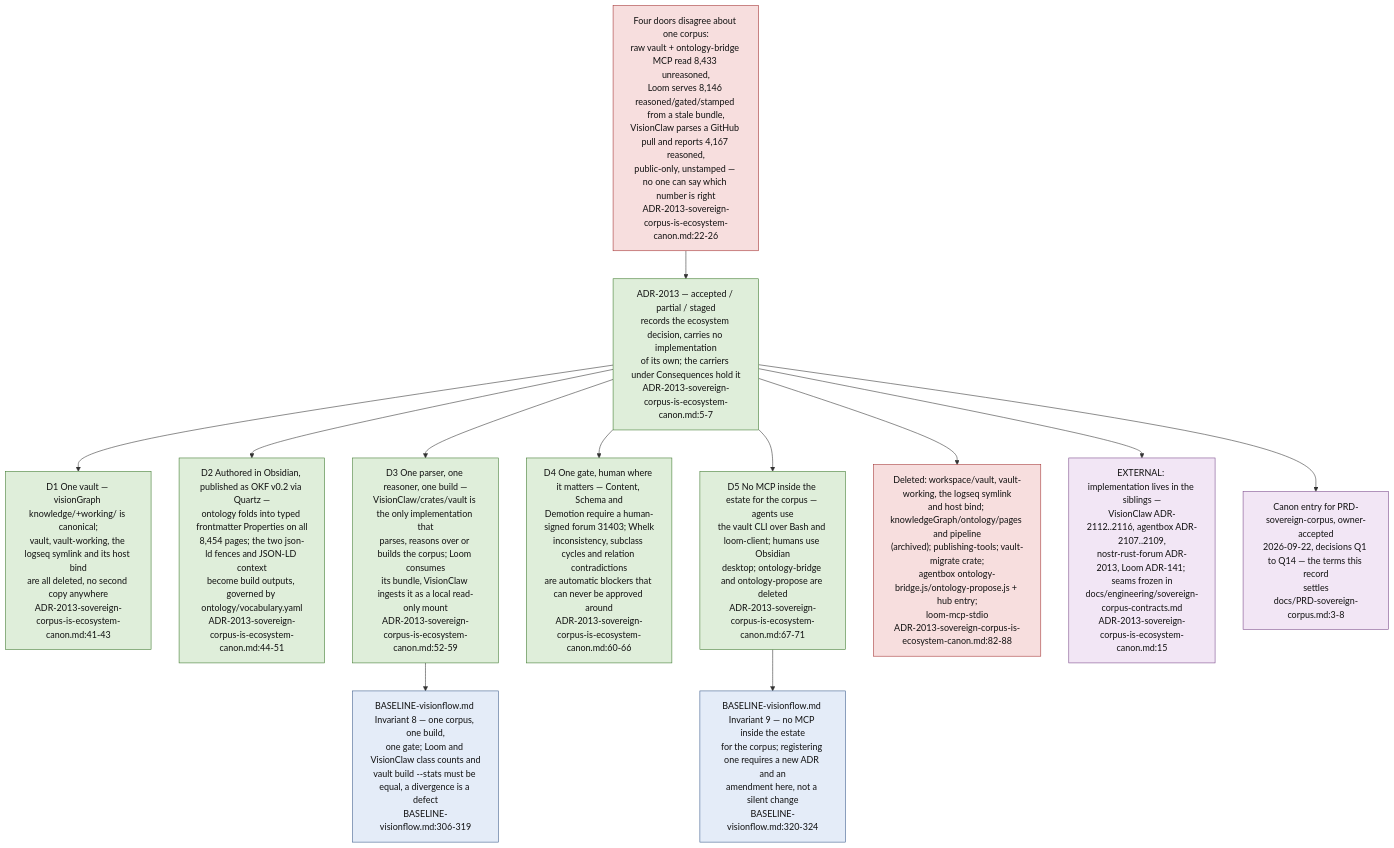
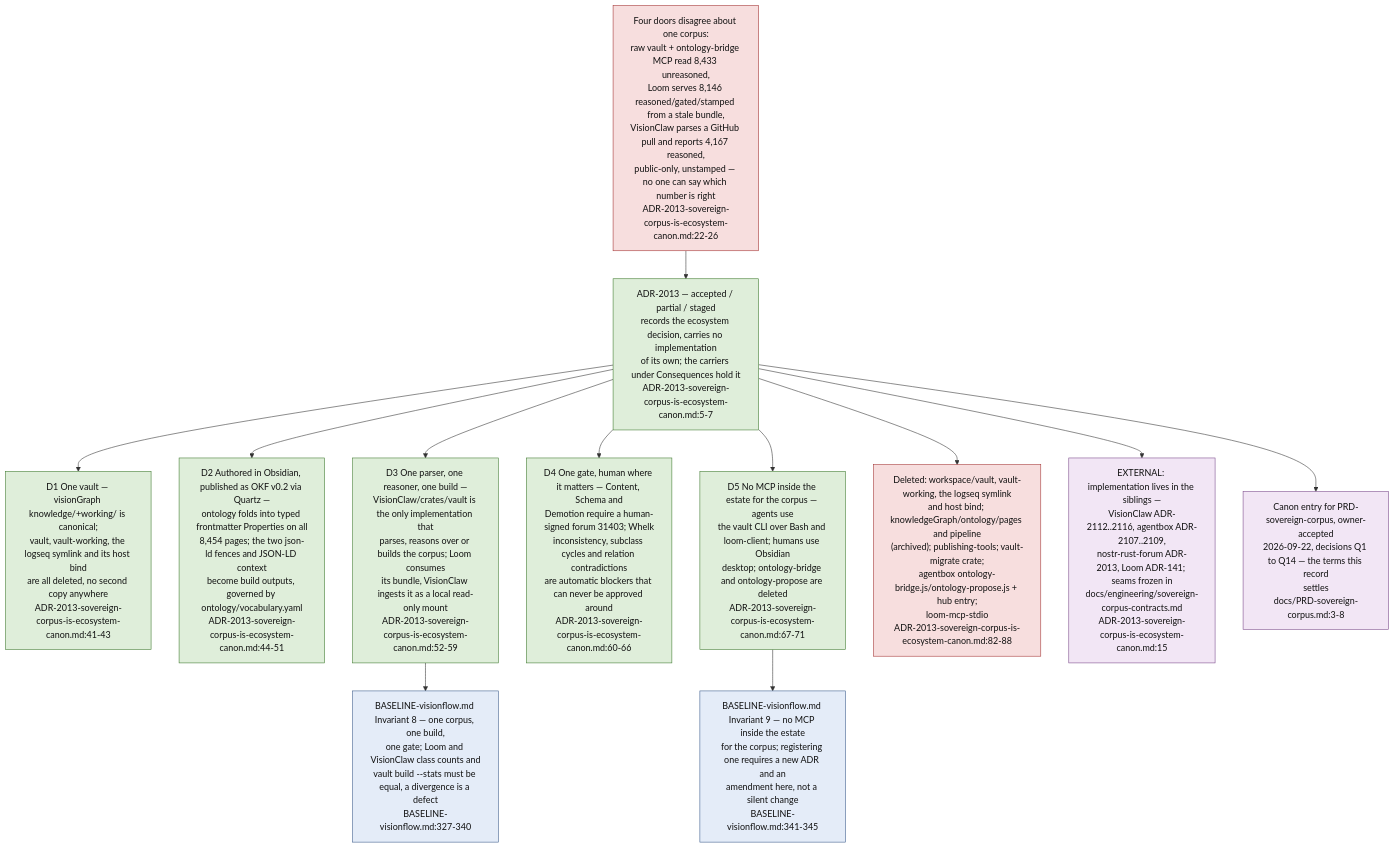
One commit to DreamLab-AI/VisionFlow changed diagram 11 of 11 in docs/diagrams/visionflow/01-repo-composition-and-canon.md. Above: the diagram before and after it, drawn with Mermaid. The commit also changed other lines of this file and 80 other files, not shown here.

First line of the commit message:
docs(diagrams): re-verify the agentbox, dreamlab, estate and visionflow corpus against current sources

````diff
--- a/docs/diagrams/visionflow/01-repo-composition-and-canon.md
+++ b/docs/diagrams/visionflow/01-repo-composition-and-canon.md
@@ -422,32 +422,32 @@
 ```mermaid
 flowchart TB
     classDef before fill:#f7dede,stroke:#a33333,color:#111
     classDef rec fill:#dfeeda,stroke:#3f7a2f,color:#111
     classDef inv fill:#e4ecf8,stroke:#3a5a8a,color:#111
     classDef ext fill:#f2e6f5,stroke:#7a4a8a,color:#111
 
     PROB["Four doors disagree about one corpus:<br/>raw vault + ontology-bridge MCP read 8,433 unreasoned,<br/>Loom serves 8,146 reasoned/gated/stamped from a stale bundle,<br/>VisionClaw parses a GitHub pull and reports 4,167 reasoned,<br/>public-only, unstamped — no one can say which number is right<br/>ADR-2013-sovereign-corpus-is-ecosystem-canon.md:22-26"]:::before
 
     REC["ADR-2013 — accepted / partial / staged<br/>records the ecosystem decision, carries no implementation<br/>of its own; the carriers under Consequences hold it<br/>ADR-2013-sovereign-corpus-is-ecosystem-canon.md:5-7"]:::rec
     PROB --> REC
 
     REC --> D1["D1 One vault — visionGraph knowledge/+working/ is canonical;<br/>vault, vault-working, the logseq symlink and its host bind<br/>are all deleted, no second copy anywhere<br/>ADR-2013-sovereign-corpus-is-ecosystem-canon.md:41-43"]:::rec
     REC --> D2["D2 Authored in Obsidian, published as OKF v0.2 via Quartz —<br/>ontology folds into typed frontmatter Properties on all<br/>8,454 pages; the two json-ld fences and JSON-LD context<br/>become build outputs, governed by ontology/vocabulary.yaml<br/>ADR-2013-sovereign-corpus-is-ecosystem-canon.md:44-51"]:::rec
     REC --> D3["D3 One parser, one reasoner, one build —<br/>VisionClaw/crates/vault is the only implementation that<br/>parses, reasons over or builds the corpus; Loom consumes<br/>its bundle, VisionClaw ingests it as a local read-only mount<br/>ADR-2013-sovereign-corpus-is-ecosystem-canon.md:52-59"]:::rec
     REC --> D4["D4 One gate, human where it matters — Content, Schema and<br/>Demotion require a human-signed forum 31403; Whelk<br/>inconsistency, subclass cycles and relation contradictions<br/>are automatic blockers that can never be approved around<br/>ADR-2013-sovereign-corpus-is-ecosystem-canon.md:60-66"]:::rec
     REC --> D5["D5 No MCP inside the estate for the corpus — agents use<br/>the vault CLI over Bash and loom-client; humans use Obsidian<br/>desktop; ontology-bridge and ontology-propose are deleted<br/>ADR-2013-sovereign-corpus-is-ecosystem-canon.md:67-71"]:::rec
 
-    BASE["BASELINE-visionflow.md Invariant 8 — one corpus, one build,<br/>one gate; Loom and VisionClaw class counts and<br/>vault build --stats must be equal, a divergence is a defect<br/>BASELINE-visionflow.md:306-319"]:::inv
+    BASE["BASELINE-visionflow.md Invariant 8 — one corpus, one build,<br/>one gate; Loom and VisionClaw class counts and<br/>vault build --stats must be equal, a divergence is a defect<br/>BASELINE-visionflow.md:327-340"]:::inv
     D3 --> BASE
-    INV9["BASELINE-visionflow.md Invariant 9 — no MCP inside the estate<br/>for the corpus; registering one requires a new ADR and an<br/>amendment here, not a silent change<br/>BASELINE-visionflow.md:320-324"]:::inv
+    INV9["BASELINE-visionflow.md Invariant 9 — no MCP inside the estate<br/>for the corpus; registering one requires a new ADR and an<br/>amendment here, not a silent change<br/>BASELINE-visionflow.md:341-345"]:::inv
     D5 --> INV9
 
     DEL["Deleted: workspace/vault, vault-working, the logseq symlink<br/>and host bind; knowledgeGraph/ontology/pages and pipeline<br/>(archived); publishing-tools; vault-migrate crate;<br/>agentbox ontology-bridge.js/ontology-propose.js + hub entry;<br/>loom-mcp-stdio<br/>ADR-2013-sovereign-corpus-is-ecosystem-canon.md:82-88"]:::before
     REC --> DEL
 
     SIB["EXTERNAL: implementation lives in the siblings —<br/>VisionClaw ADR-2112..2116, agentbox ADR-2107..2109,<br/>nostr-rust-forum ADR-2013, Loom ADR-141; seams frozen in<br/>docs/engineering/sovereign-corpus-contracts.md<br/>ADR-2013-sovereign-corpus-is-ecosystem-canon.md:15"]:::ext
     REC --> SIB
 
     PRD["Canon entry for PRD-sovereign-corpus, owner-accepted<br/>2026-09-22, decisions Q1 to Q14 — the terms this record<br/>settles<br/>docs/PRD-sovereign-corpus.md:3-8"]:::ext
     REC --> PRD
 ```
````
